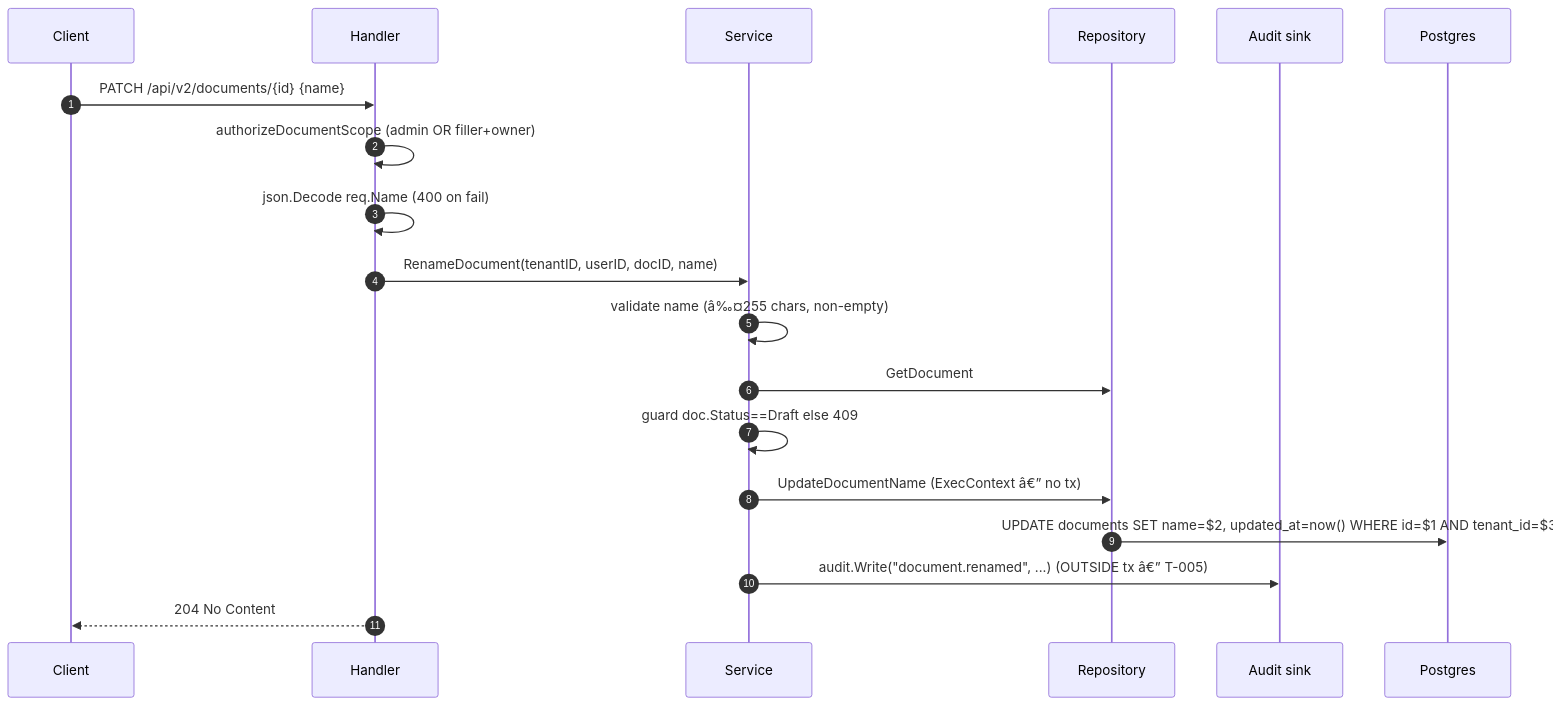
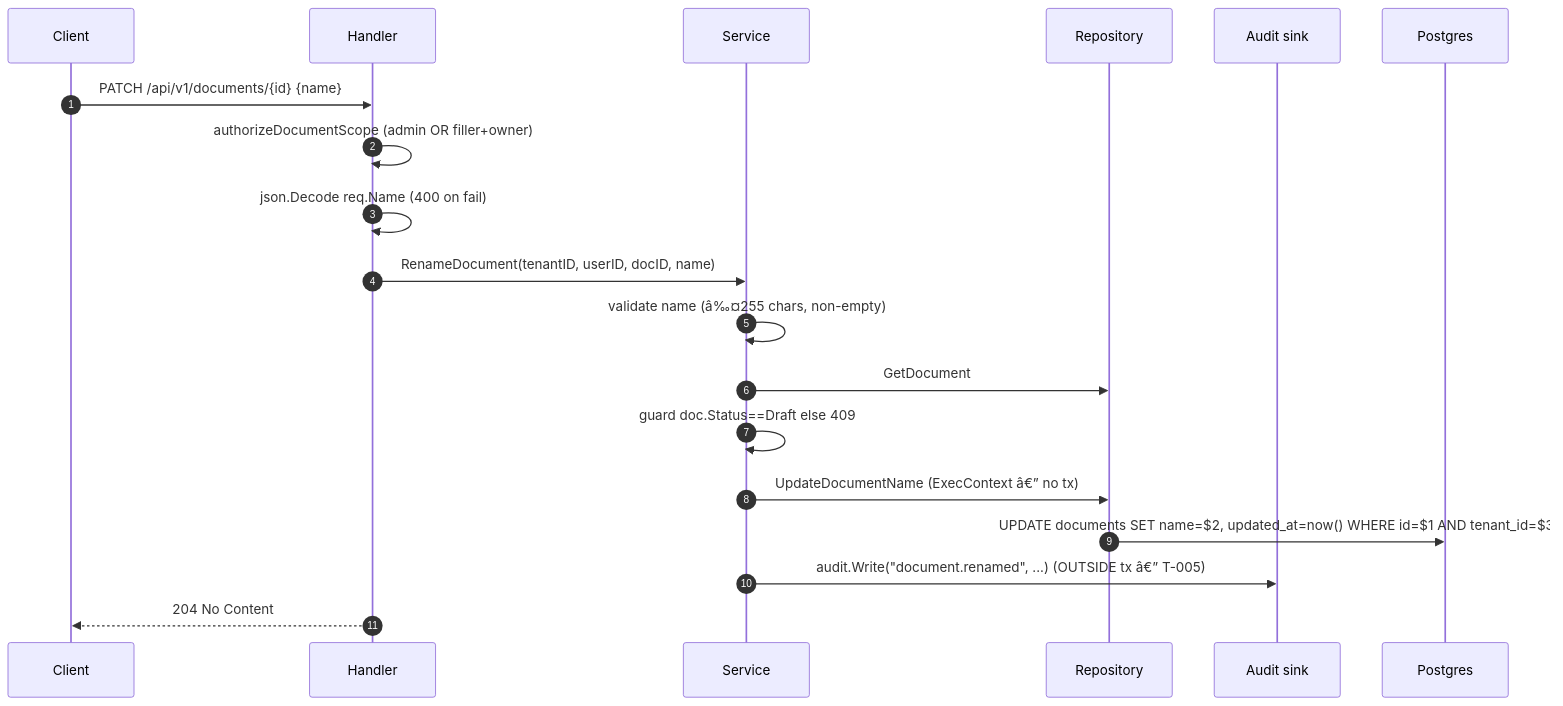
One commit to developmentconexus-ops/MetalDocs changed the fourth of 5 diagrams in wiki/modules/documents.md. Above: the diagram before and after it, drawn with Mermaid. The commit also changed other lines of this file and 137 other files, not shown here.

````diff
--- a/wiki/modules/documents.md
+++ b/wiki/modules/documents.md
@@ -291,21 +291,21 @@
 ```mermaid
 sequenceDiagram
     autonumber
     participant C as Client
     participant H as Handler
     participant S as Service
     participant R as Repository
     participant A as Audit sink
     participant DB as Postgres
-    C->>H: PATCH /api/v2/documents/{id} {name}
+    C->>H: PATCH /api/v1/documents/{id} {name}
     H->>H: authorizeDocumentScope (admin OR filler+owner)
     H->>H: json.Decode req.Name (400 on fail)
     H->>S: RenameDocument(tenantID, userID, docID, name)
     S->>S: validate name (â‰¤255 chars, non-empty)
     S->>R: GetDocument
     S->>S: guard doc.Status==Draft else 409
     S->>R: UpdateDocumentName  (ExecContext â€” no tx)
     R->>DB: UPDATE documents SET name=$2, updated_at=now() WHERE id=$1 AND tenant_id=$3
     S->>A: audit.Write("document.renamed", ...)  (OUTSIDE tx â€” T-005)
     H-->>C: 204 No Content
 ```
````
